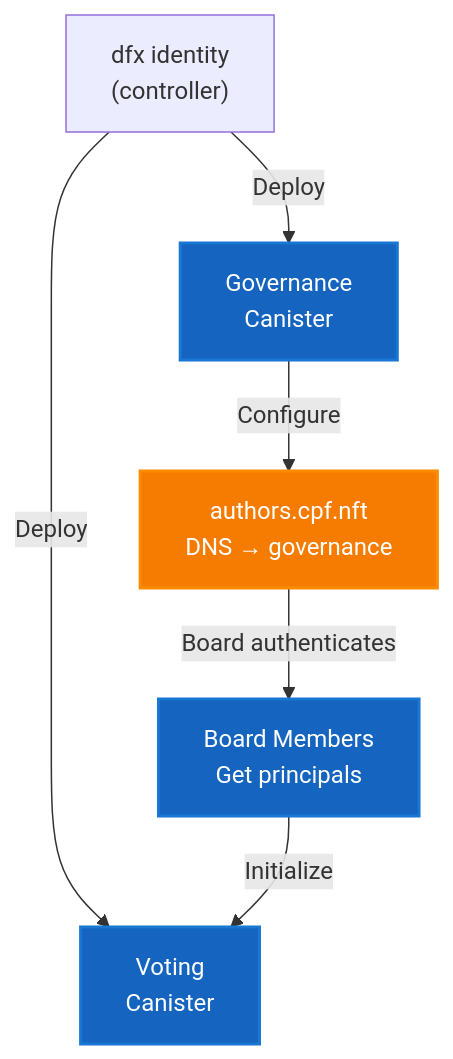
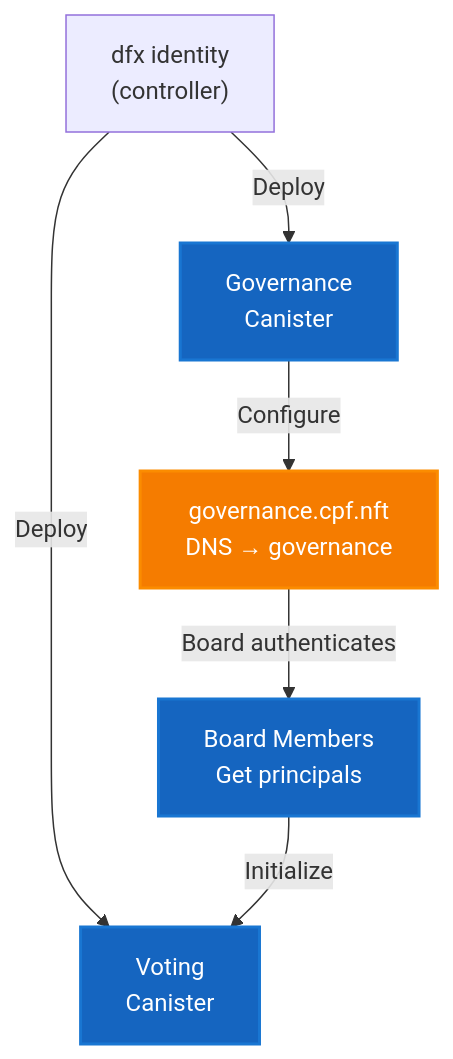
The ninth of 18 diagrams in docs/architecture/canister-architecture-diagram.md (john-ngeni/cpp_icp_platform), drawn with Mermaid before and after one commit. The commit also changed other lines of this file and 10 other files, not shown here.

First line of the commit message:
refactor: rename control plane to governance.cpf.nft and restructure user journey

````diff
--- a/docs/architecture/canister-architecture-diagram.md
+++ b/docs/architecture/canister-architecture-diagram.md
@@ -477,15 +477,15 @@
 ```mermaid
 graph TB
     DFX["dfx identity<br/>(controller)"] -->|Deploy| VOTE["Voting<br/>Canister"]
     DFX -->|Deploy| GOV["Governance<br/>Canister"]
 
-    GOV -->|Configure| AUTHORS_DNS["authors.cpf.nft<br/>DNS → governance"]
+    GOV -->|Configure| AUTHORS_DNS["governance.cpf.nft<br/>DNS → governance"]
     AUTHORS_DNS -->|Board authenticates| BOARD["Board Members<br/>Get principals"]
     BOARD -->|Initialize| VOTE
 
     classDef controlNode fill:#1565c0,stroke:#1976d2,stroke-width:2px,color:#ffffff
     classDef dnsNode fill:#f57c00,stroke:#fb8c00,stroke-width:2px,color:#ffffff
 
     class VOTE,GOV,BOARD controlNode
     class AUTHORS_DNS dnsNode
 ```
````
